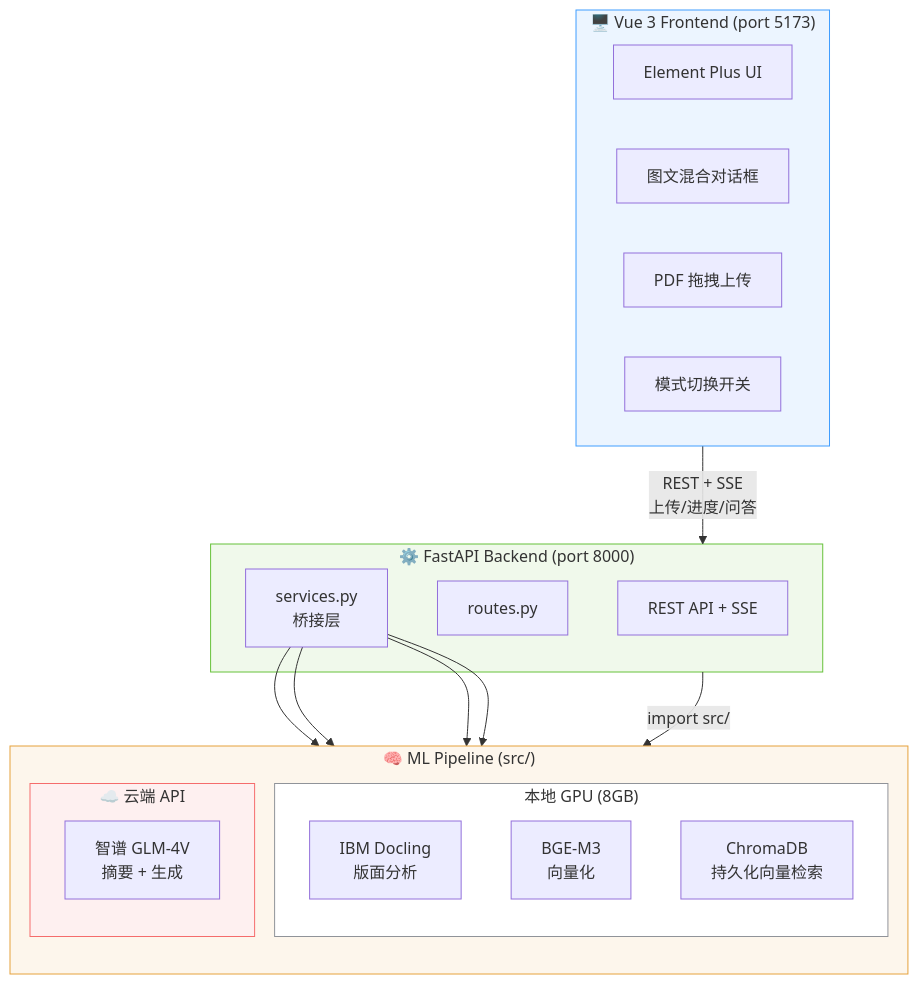
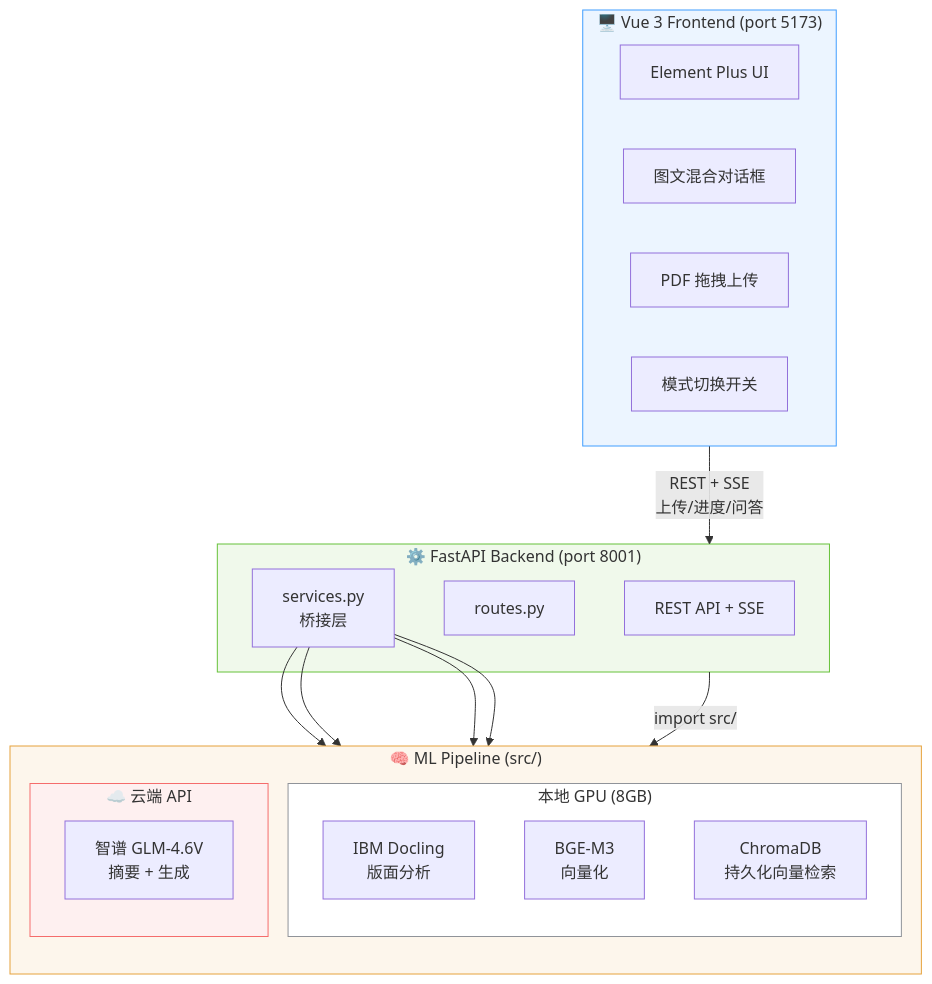
The first of 3 diagrams in README.md (ZhuangShiHao1207/MultimodalQA), drawn with Mermaid before and after one commit. The commit also changed other lines of this file, not shown here.

````diff
--- a/README.md
+++ b/README.md
@@ -87,40 +143,40 @@
 ```mermaid
 graph TB
     subgraph Frontend["🖥️ Vue 3 Frontend (port 5173)"]
         UI[Element Plus UI]
         Chat[图文混合对话框]
         Upload[PDF 拖拽上传]
         Toggle[模式切换开关]
     end
 
-    subgraph Backend["⚙️ FastAPI Backend (port 8000)"]
+    subgraph Backend["⚙️ FastAPI Backend (port 8001)"]
         API[REST API + SSE]
         Routes[routes.py]
         Services[services.py<br/>桥接层]
     end
 
     subgraph Pipeline["🧠 ML Pipeline (src/)"]
         direction TB
         subgraph Local["本地 GPU (8GB)"]
             Docling[IBM Docling<br/>版面分析]
             BGE[BGE-M3<br/>向量化]
             ChromaDB[ChromaDB<br/>持久化向量检索]
         end
         subgraph Cloud["☁️ 云端 API"]
-            GLM[智谱 GLM-4V<br/>摘要 + 生成]
+            GLM[智谱 GLM-4.6V<br/>摘要 + 生成]
         end
     end
 
     Frontend -->|"REST + SSE<br/>上传/进度/问答"| Backend
     Backend -->|"import src/"| Pipeline
     Services --> Docling
     Services --> BGE
     Services --> ChromaDB
     Services --> GLM
 
     style Frontend fill:#ecf5ff,stroke:#409eff
     style Backend fill:#f0f9eb,stroke:#67c23a
     style Pipeline fill:#fdf6ec,stroke:#e6a23c
     style Local fill:#fff,stroke:#909399
     style Cloud fill:#fef0f0,stroke:#f56c6c
 ```
````
